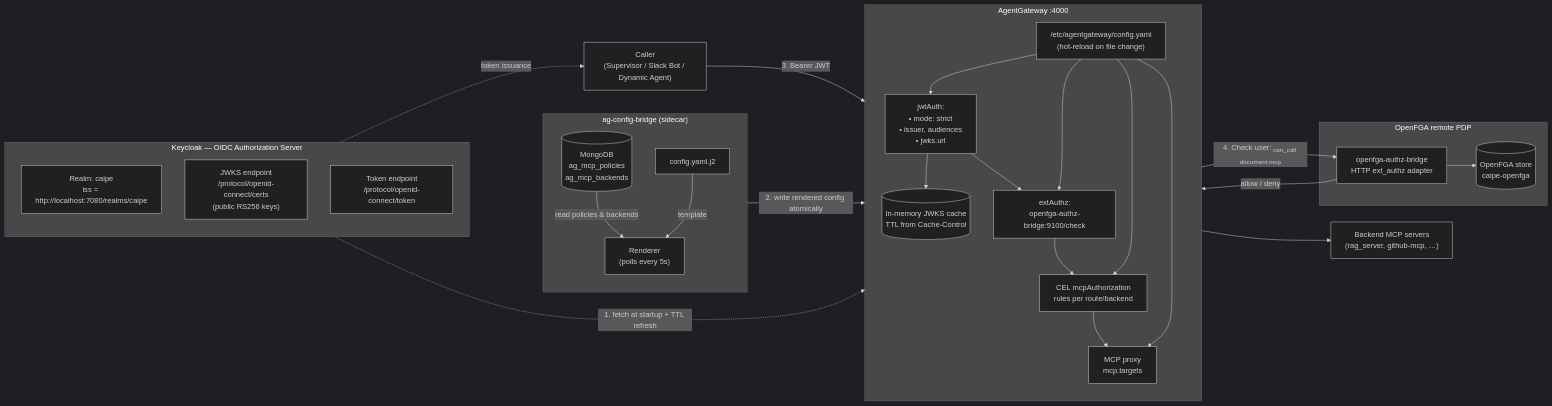
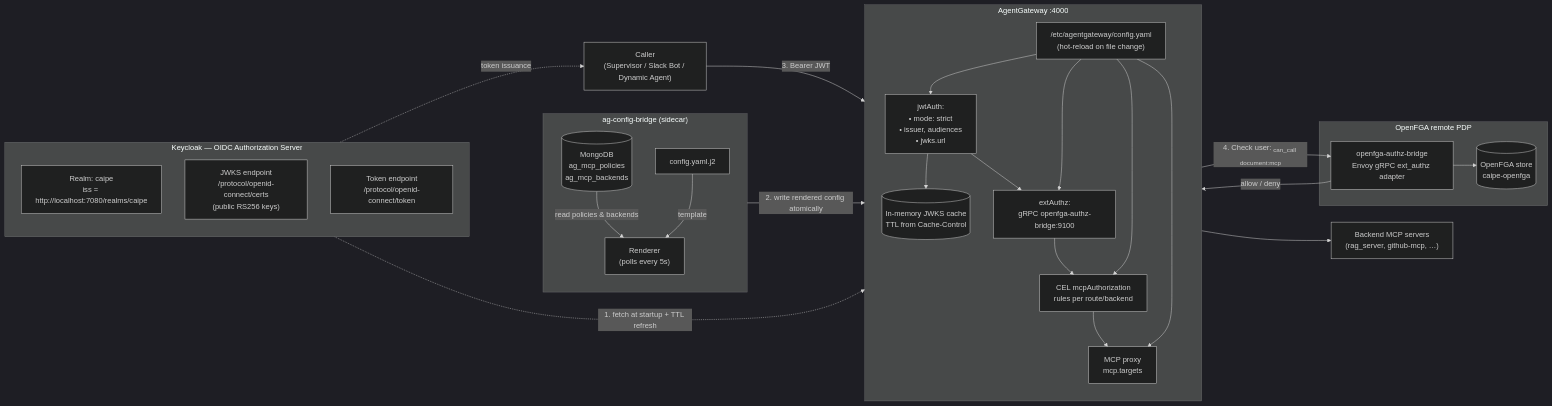
Before and after one commit to cnoe-io/ai-platform-engineering: the second of 2 diagrams in docs/docs/security/rbac/architecture.md, drawn with Mermaid (dark theme). The commit also changed other lines of this file and 40 other files, not shown here.

````diff
--- a/docs/docs/security/rbac/architecture.md
+++ b/docs/docs/security/rbac/architecture.md
@@ -364,50 +398,50 @@
 ```mermaid
 flowchart LR
   subgraph Keycloak["Keycloak — OIDC Authorization Server"]
     direction TB
     KC_ISS["Realm: caipe<br/>iss = http://localhost:7080/realms/caipe"]
     KC_JWKS["JWKS endpoint<br/>/protocol/openid-connect/certs<br/>(public RS256 keys)"]
     KC_TOK["Token endpoint<br/>/protocol/openid-connect/token"]
   end
 
   subgraph Bridge["ag-config-bridge (sidecar)"]
     direction TB
     MDB[("MongoDB<br/>ag_mcp_policies<br/>ag_mcp_backends")]
     TPL["config.yaml.j2"]
     REND["Renderer<br/>(polls every 5s)"]
     MDB -->|read policies & backends| REND
     TPL -->|template| REND
   end
 
   subgraph AG["AgentGateway :4000"]
     direction TB
     CFG["/etc/agentgateway/config.yaml<br/>(hot-reload on file change)"]
     JWKS_CACHE[("In-memory JWKS cache<br/>TTL from Cache-Control")]
     JWT_VAL["jwtAuth:<br/>• mode: strict<br/>• issuer, audiences<br/>• jwks.url"]
-    EXT["extAuthz:<br/>openfga-authz-bridge:9100/check"]
+    EXT["extAuthz:<br/>gRPC openfga-authz-bridge:9100"]
     CEL["CEL mcpAuthorization<br/>rules per route/backend"]
     PROXY["MCP proxy<br/>mcp.targets"]
     CFG --> JWT_VAL
     CFG --> EXT
     CFG --> CEL
     CFG --> PROXY
     JWT_VAL --> JWKS_CACHE
   end
 
   subgraph FGA["OpenFGA remote PDP"]
-    BRIDGE["openfga-authz-bridge<br/>HTTP ext_authz adapter"]
+    BRIDGE["openfga-authz-bridge<br/>Envoy gRPC ext_authz adapter"]
     STORE[("OpenFGA store<br/>caipe-openfga")]
     BRIDGE --> STORE
   end
 
   KC_JWKS -.->|1. fetch at startup + TTL refresh| JWKS_CACHE
   REND -->|2. write rendered config atomically| CFG
   Client["Caller<br/>(Supervisor / Slack Bot / Dynamic Agent)"] -->|3. Bearer JWT| JWT_VAL
   JWT_VAL --> EXT
   EXT -->|4. Check user:<sub> can_call document:mcp| BRIDGE
   BRIDGE -->|allow / deny| EXT
   EXT --> CEL
   CEL --> PROXY
   PROXY --> MCP["Backend MCP servers<br/>(rag_server, github-mcp, …)"]
   KC_TOK -.->|token issuance| Client
 ```
````
